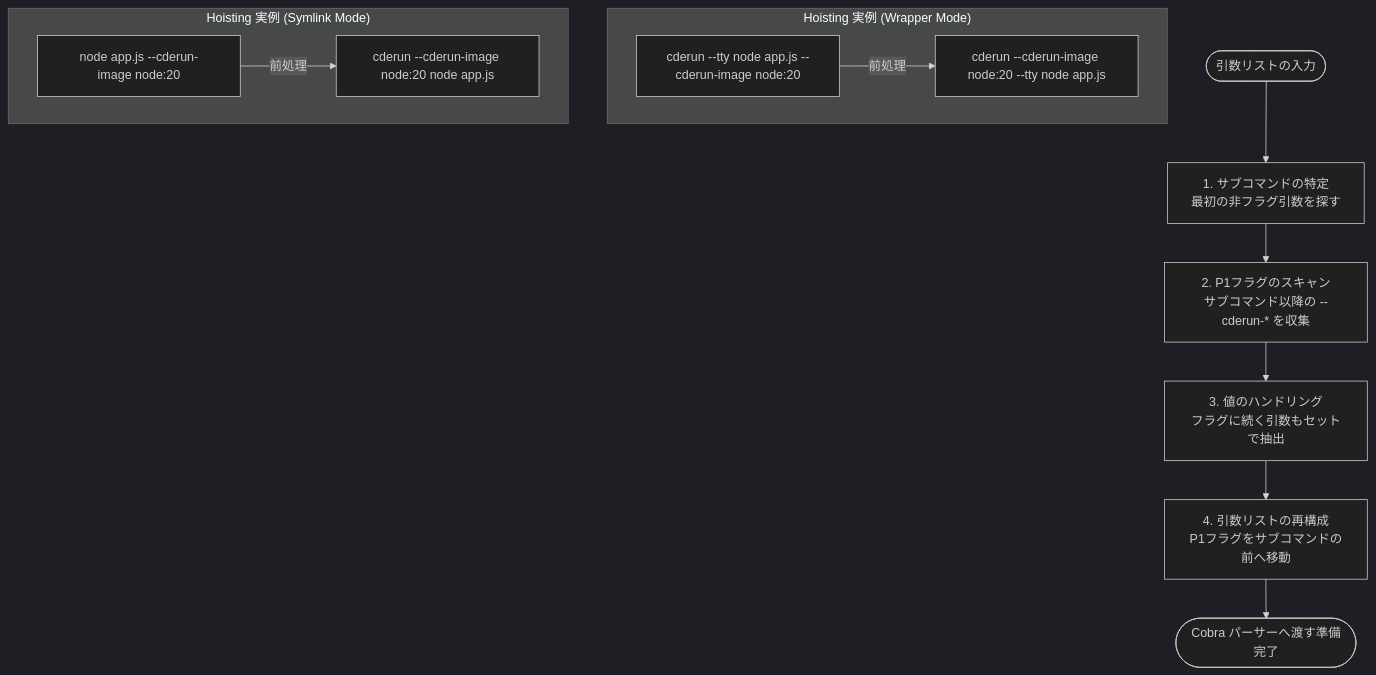
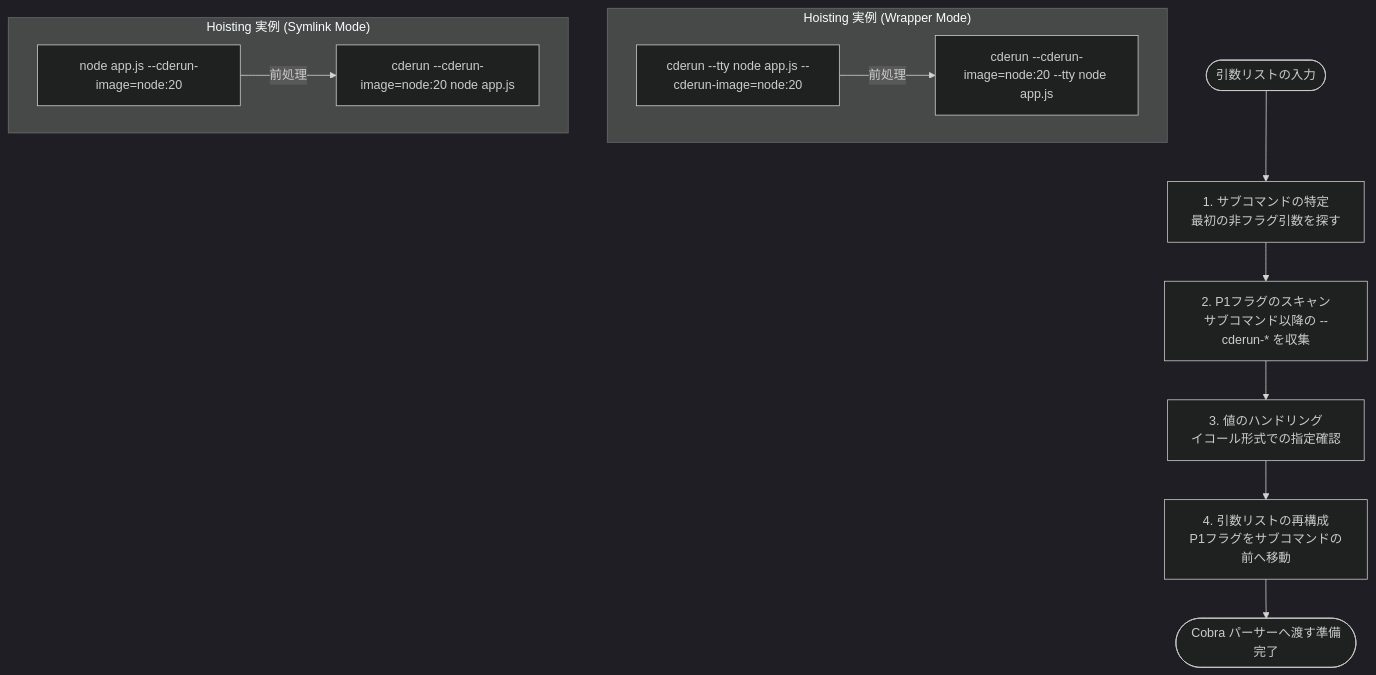
The diagram in docs/features/argument-parsing.md (Tei1988/cderun), drawn with Mermaid (dark theme) before and after one commit. The commit also changed other lines of this file and 1 other file, not shown here.

````diff
--- a/docs/features/argument-parsing.md
+++ b/docs/features/argument-parsing.md
@@ -63,20 +63,20 @@
 ```mermaid
 flowchart TD
     Start([引数リストの入力]) --> DetectSubcmd[1. サブコマンドの特定<br/>最初の非フラグ引数を探す]
     DetectSubcmd --> ScanP1[2. P1フラグのスキャン<br/>サブコマンド以降の --cderun-* を収集]
-    ScanP1 --> HandleValues[3. 値のハンドリング<br/>フラグに続く引数もセットで抽出]
+    ScanP1 --> HandleValues[3. 値のハンドリング<br/>イコール形式での指定確認]
     HandleValues --> Reconstruct[4. 引数リストの再構成<br/>P1フラグをサブコマンドの前へ移動]
     Reconstruct --> End([Cobra パーサーへ渡す準備完了])
 
     subgraph WRAPPER ["Hoisting 実例 (Wrapper Mode)"]
-    ExampleInput["cderun --tty node app.js --cderun-image node:20"]
-    ExampleOutput["cderun --cderun-image node:20 --tty node app.js"]
+    ExampleInput["cderun --tty node app.js --cderun-image=node:20"]
+    ExampleOutput["cderun --cderun-image=node:20 --tty node app.js"]
     ExampleInput -- 前処理 --> ExampleOutput
     end
 
     subgraph SYMLINK ["Hoisting 実例 (Symlink Mode)"]
-    SymlinkInput["node app.js --cderun-image node:20"]
-    SymlinkOutput["cderun --cderun-image node:20 node app.js"]
+    SymlinkInput["node app.js --cderun-image=node:20"]
+    SymlinkOutput["cderun --cderun-image=node:20 node app.js"]
     SymlinkInput -- 前処理 --> SymlinkOutput
     end
 ```
````
